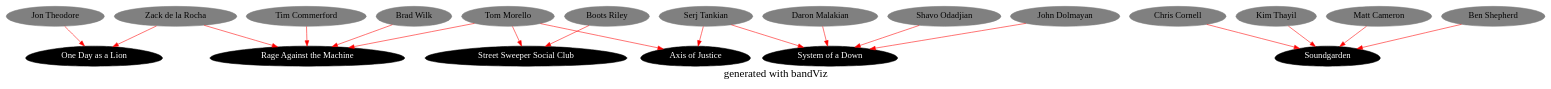
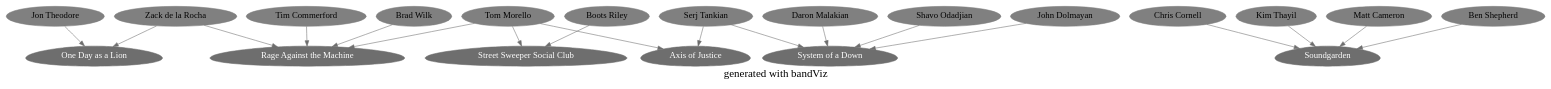
One commit to colorfulgrayscale/bandviz changed the diagram in bandviz.gv. Above: the diagram before and after it, drawn with Graphviz. The commit also changed 11 other files, not shown here.

```diff
--- a/bandviz.gv
+++ b/bandviz.gv
@@ -1,47 +1,47 @@
 digraph prof {
 	graph [fontsize = "20", label = "generated with bandViz",size = "60", overlap=false, ratio = auto, bgcolor="white"];
 	node [style=filled,fontsize = "16",size="30",overlap=false];
 
-	"Rage Against the Machine" [shape="egg",style="filled",color="black",fontcolor="white" ];
-	"Axis of Justice" [shape="egg",style="filled",color="black",fontcolor="white" ];
-	"One Day as a Lion" [shape="egg",style="filled",color="black",fontcolor="white" ];
-	"Street Sweeper Social Club" [shape="egg",style="filled",color="black",fontcolor="white" ];
-	"Soundgarden" [shape="egg",style="filled",color="black",fontcolor="white" ];
-	"System of a Down" [shape="egg",style="filled",color="black",fontcolor="white" ];
+	"Rage Against the Machine" [shape="egg",style="filled",color="gray43",fontcolor="white" ];
+	"Axis of Justice" [shape="egg",style="filled",color="gray43",fontcolor="white" ];
+	"One Day as a Lion" [shape="egg",style="filled",color="gray43",fontcolor="white" ];
+	"Street Sweeper Social Club" [shape="egg",style="filled",color="gray43",fontcolor="white" ];
+	"Soundgarden" [shape="egg",style="filled",color="gray43",fontcolor="white" ];
+	"System of a Down" [shape="egg",style="filled",color="gray43",fontcolor="white" ];
 	"Zack de la Rocha" [shape="ellipse",style="filled",color="gray",fontcolor="black" ];
-	"Zack de la Rocha" -> "Rage Against the Machine" [color="red"];
+	"Zack de la Rocha" -> "Rage Against the Machine" [color="gray43"];
 	"Zack de la Rocha" [shape="ellipse",style="filled",color="gray",fontcolor="black" ];
-	"Zack de la Rocha" -> "One Day as a Lion" [color="red"];
+	"Zack de la Rocha" -> "One Day as a Lion" [color="gray43"];
 	"Tom Morello" [shape="ellipse",style="filled",color="gray",fontcolor="black" ];
-	"Tom Morello" -> "Rage Against the Machine" [color="red"];
+	"Tom Morello" -> "Rage Against the Machine" [color="gray43"];
 	"Tom Morello" [shape="ellipse",style="filled",color="gray",fontcolor="black" ];
-	"Tom Morello" -> "Axis of Justice" [color="red"];
+	"Tom Morello" -> "Axis of Justice" [color="gray43"];
 	"Tom Morello" [shape="ellipse",style="filled",color="gray",fontcolor="black" ];
-	"Tom Morello" -> "Street Sweeper Social Club" [color="red"];
+	"Tom Morello" -> "Street Sweeper Social Club" [color="gray43"];
 	"Tim Commerford" [shape="ellipse",style="filled",color="gray",fontcolor="black" ];
-	"Tim Commerford" -> "Rage Against the Machine" [color="red"];
+	"Tim Commerford" -> "Rage Against the Machine" [color="gray43"];
 	"Brad Wilk" [shape="ellipse",style="filled",color="gray",fontcolor="black" ];
-	"Brad Wilk" -> "Rage Against the Machine" [color="red"];
+	"Brad Wilk" -> "Rage Against the Machine" [color="gray43"];
 	"Serj Tankian" [shape="ellipse",style="filled",color="gray",fontcolor="black" ];
-	"Serj Tankian" -> "Axis of Justice" [color="red"];
+	"Serj Tankian" -> "Axis of Justice" [color="gray43"];
 	"Serj Tankian" [shape="ellipse",style="filled",color="gray",fontcolor="black" ];
-	"Serj Tankian" -> "System of a Down" [color="red"];
+	"Serj Tankian" -> "System of a Down" [color="gray43"];
 	"Jon Theodore" [shape="ellipse",style="filled",color="gray",fontcolor="black" ];
-	"Jon Theodore" -> "One Day as a Lion" [color="red"];
+	"Jon Theodore" -> "One Day as a Lion" [color="gray43"];
 	"Boots Riley" [shape="ellipse",style="filled",color="gray",fontcolor="black" ];
-	"Boots Riley" -> "Street Sweeper Social Club" [color="red"];
+	"Boots Riley" -> "Street Sweeper Social Club" [color="gray43"];
 	"Chris Cornell" [shape="ellipse",style="filled",color="gray",fontcolor="black" ];
-	"Chris Cornell" -> "Soundgarden" [color="red"];
+	"Chris Cornell" -> "Soundgarden" [color="gray43"];
 	"Kim Thayil" [shape="ellipse",style="filled",color="gray",fontcolor="black" ];
-	"Kim Thayil" -> "Soundgarden" [color="red"];
+	"Kim Thayil" -> "Soundgarden" [color="gray43"];
 	"Matt Cameron" [shape="ellipse",style="filled",color="gray",fontcolor="black" ];
-	"Matt Cameron" -> "Soundgarden" [color="red"];
+	"Matt Cameron" -> "Soundgarden" [color="gray43"];
 	"Ben Shepherd" [shape="ellipse",style="filled",color="gray",fontcolor="black" ];
-	"Ben Shepherd" -> "Soundgarden" [color="red"];
+	"Ben Shepherd" -> "Soundgarden" [color="gray43"];
 	"Daron Malakian" [shape="ellipse",style="filled",color="gray",fontcolor="black" ];
-	"Daron Malakian" -> "System of a Down" [color="red"];
+	"Daron Malakian" -> "System of a Down" [color="gray43"];
 	"Shavo Odadjian" [shape="ellipse",style="filled",color="gray",fontcolor="black" ];
-	"Shavo Odadjian" -> "System of a Down" [color="red"];
+	"Shavo Odadjian" -> "System of a Down" [color="gray43"];
 	"John Dolmayan" [shape="ellipse",style="filled",color="gray",fontcolor="black" ];
-	"John Dolmayan" -> "System of a Down" [color="red"];
+	"John Dolmayan" -> "System of a Down" [color="gray43"];
 }
```
